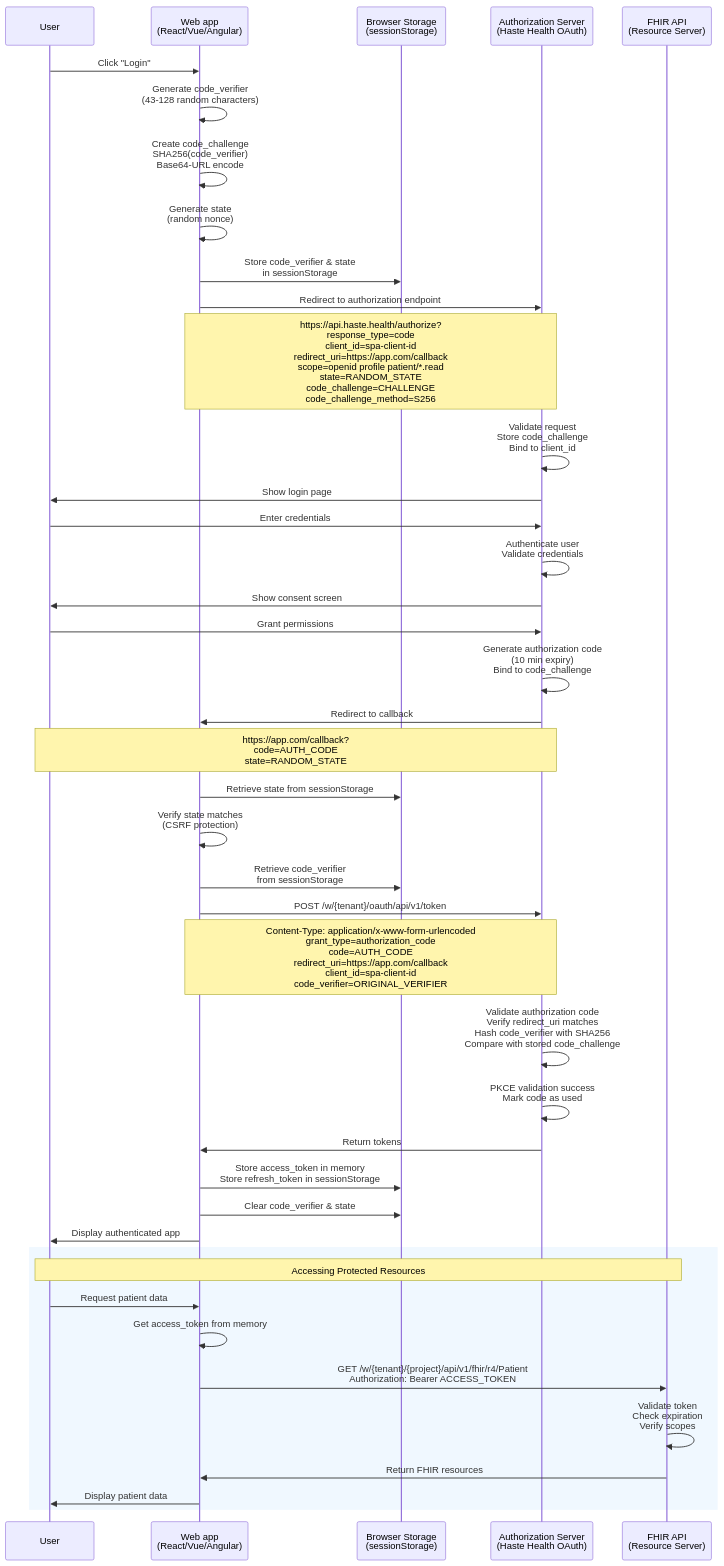
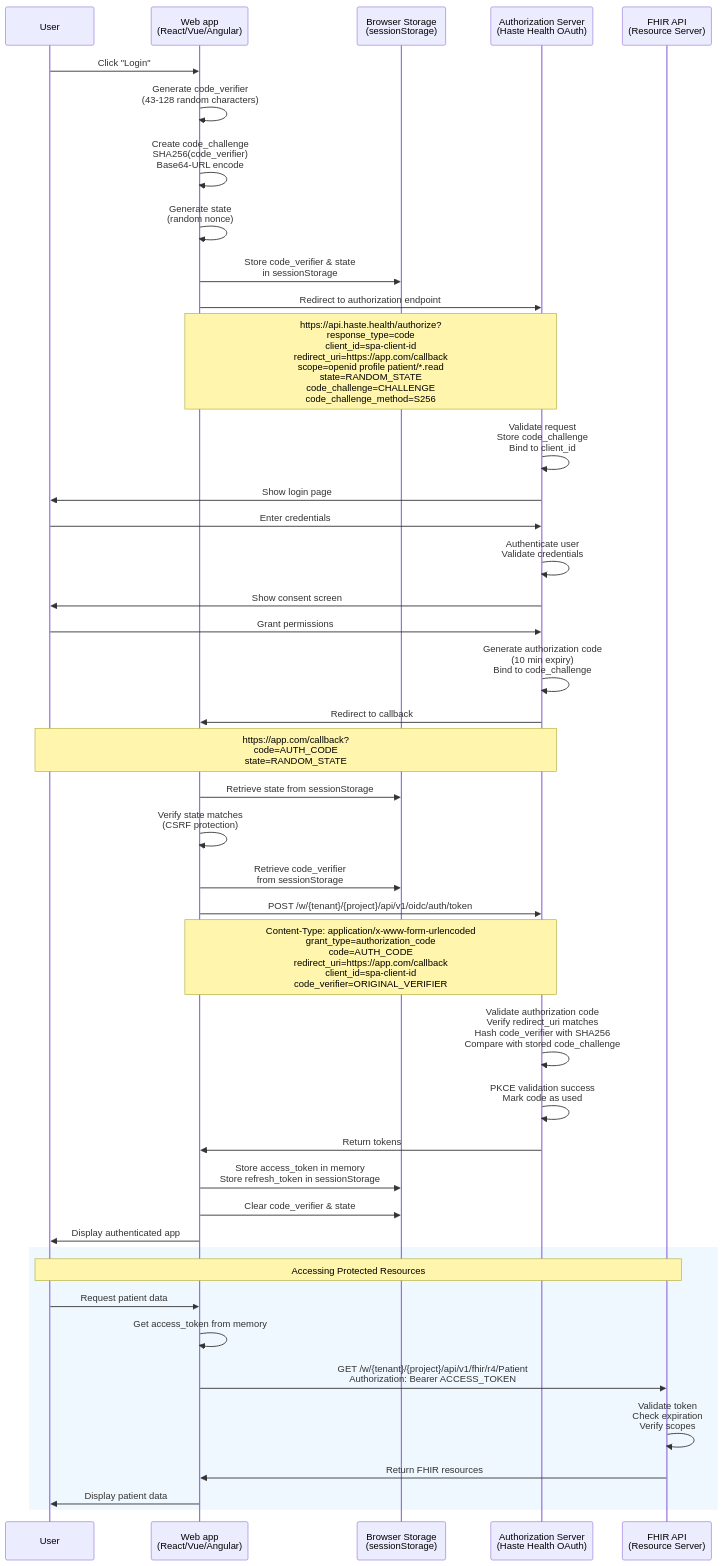
One commit to Luni-4/HasteHealth changed the diagram in frontend/packages/website/docs/api/authentication/grant_types/authorization_code.mdx. Above: the diagram before and after it, drawn with Mermaid. The commit also changed other lines of this file and 3 other files, not shown here.

````diff
--- a/frontend/packages/website/docs/api/authentication/grant_types/authorization_code.mdx
+++ b/frontend/packages/website/docs/api/authentication/grant_types/authorization_code.mdx
@@ -28,74 +28,74 @@
 ```mermaid
 sequenceDiagram
     participant User
     participant SPA as Web app<br/>(React/Vue/Angular)
     participant Browser as Browser Storage<br/>(sessionStorage)
     participant AuthServer as Authorization Server<br/>(Haste Health OAuth)
     participant API as FHIR API<br/>(Resource Server)
 
     User->>SPA: Click "Login"
     
     SPA->>SPA: Generate code_verifier<br/>(43-128 random characters)
     SPA->>SPA: Create code_challenge<br/>SHA256(code_verifier)<br/>Base64-URL encode
     SPA->>SPA: Generate state<br/>(random nonce)
     
     SPA->>Browser: Store code_verifier & state<br/>in sessionStorage
     
     SPA->>AuthServer: Redirect to authorization endpoint
     Note over SPA,AuthServer: https://api.haste.health/authorize?<br/>response_type=code<br/>client_id=spa-client-id<br/>redirect_uri=https://app.com/callback<br/>scope=openid profile patient/*.read<br/>state=RANDOM_STATE<br/>code_challenge=CHALLENGE<br/>code_challenge_method=S256
     
 
     
     AuthServer->>AuthServer: Validate request<br/>Store code_challenge<br/>Bind to client_id
     
     AuthServer->>User: Show login page
     
     User->>AuthServer: Enter credentials
     
     AuthServer->>AuthServer: Authenticate user<br/>Validate credentials
     
     AuthServer->>User: Show consent screen
     
     User->>AuthServer: Grant permissions
     
     AuthServer->>AuthServer: Generate authorization code<br/>(10 min expiry)<br/>Bind to code_challenge
     
     AuthServer->>SPA: Redirect to callback
     Note over AuthServer,User: https://app.com/callback?<br/>code=AUTH_CODE<br/>state=RANDOM_STATE
     
     
     SPA->>Browser: Retrieve state from sessionStorage
     SPA->>SPA: Verify state matches<br/>(CSRF protection)
     
     SPA->>Browser: Retrieve code_verifier<br/>from sessionStorage
     
-    SPA->>AuthServer: POST /w/{tenant}/oauth/api/v1/token
+    SPA->>AuthServer: POST /w/{tenant}/{project}/api/v1/oidc/auth/token
     Note over SPA,AuthServer: Content-Type: application/x-www-form-urlencoded<br/>grant_type=authorization_code<br/>code=AUTH_CODE<br/>redirect_uri=https://app.com/callback<br/>client_id=spa-client-id<br/>code_verifier=ORIGINAL_VERIFIER
     
     AuthServer->>AuthServer: Validate authorization code<br/>Verify redirect_uri matches<br/>Hash code_verifier with SHA256<br/>Compare with stored code_challenge
     
     AuthServer->>AuthServer: PKCE validation success<br/>Mark code as used
     
     AuthServer->>SPA: Return tokens
     
     SPA->>Browser: Store access_token in memory<br/>Store refresh_token in sessionStorage
     SPA->>Browser: Clear code_verifier & state
     
     SPA->>User: Display authenticated app
     
     rect rgb(240, 248, 255)
         Note over User,API: Accessing Protected Resources
         
         User->>SPA: Request patient data
         
         SPA->>SPA: Get access_token from memory
         
         SPA->>API: GET /w/{tenant}/{project}/api/v1/fhir/r4/Patient<br/>Authorization: Bearer ACCESS_TOKEN
         
         API->>API: Validate token<br/>Check expiration<br/>Verify scopes
         
         API->>SPA: Return FHIR resources
         
         SPA->>User: Display patient data
     end
 ```
````
